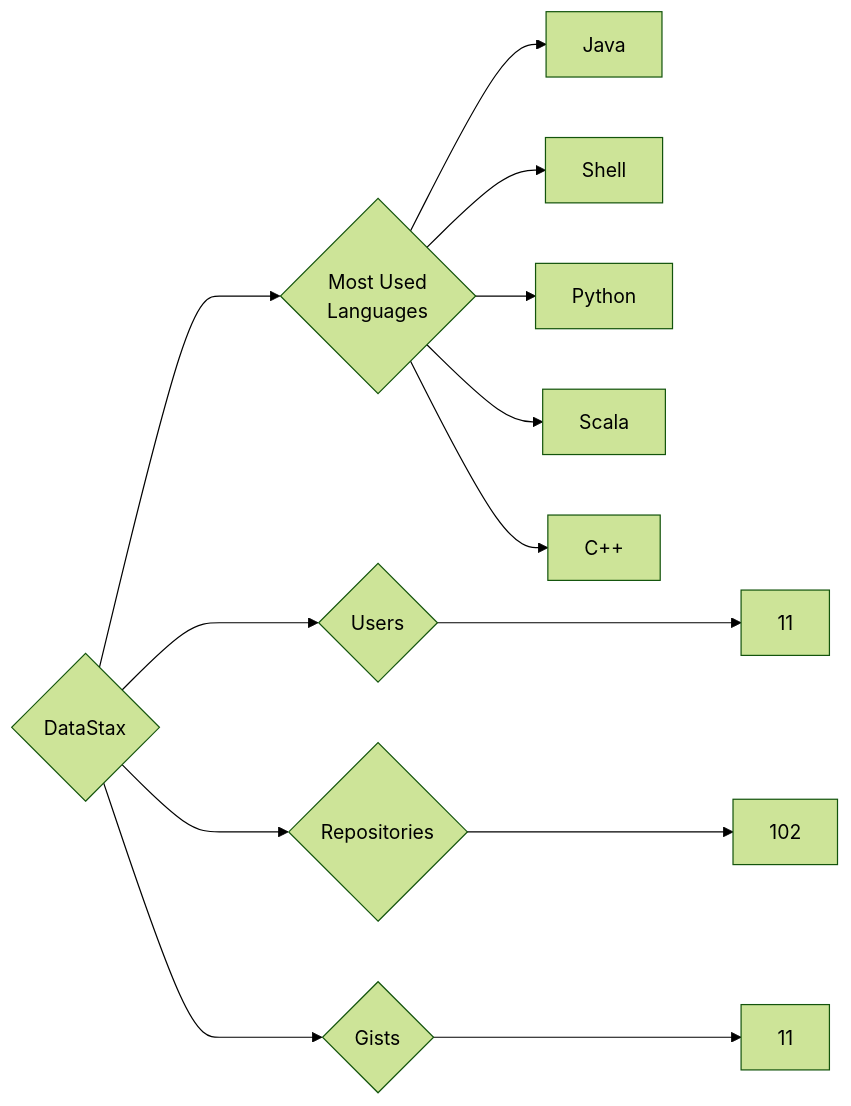
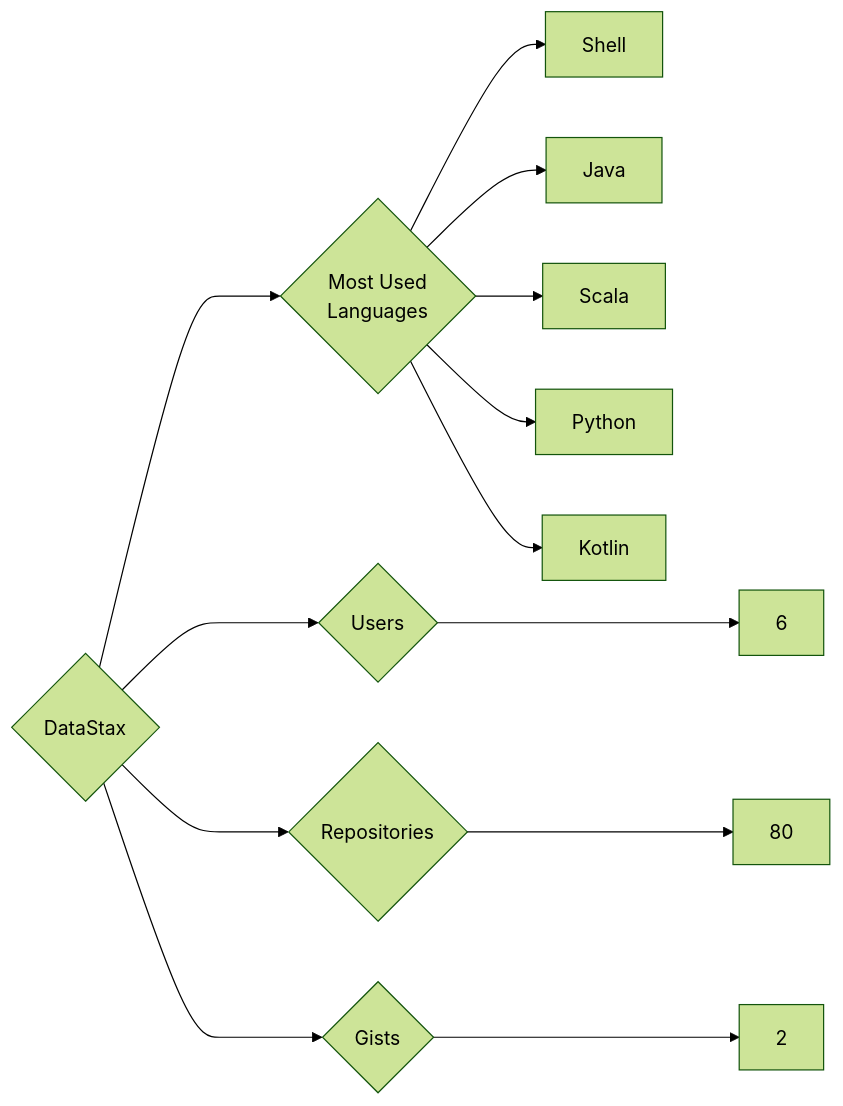
Before and after one commit to trickest/insiders: the diagram in targets/DataStax/README.md, drawn with Mermaid (forest theme). The commit also changed 873 other files, not shown here.

````diff
--- a/targets/DataStax/README.md
+++ b/targets/DataStax/README.md
@@ -3,13 +3,13 @@
 ```mermaid
 graph LR
 COMPANY_NAME{DataStax}
-COMPANY_NAME ---> U{Users} ---> UN[11]
-COMPANY_NAME ---> R{Repositories} ---> RN[102]
-COMPANY_NAME ---> G{Gists} ---> GN[11]
+COMPANY_NAME ---> U{Users} ---> UN[6]
+COMPANY_NAME ---> R{Repositories} ---> RN[80]
+COMPANY_NAME ---> G{Gists} ---> GN[2]
 COMPANY_NAME ---> ML{Most Used<br>Languages}
+ML --> Shell[Shell]
 ML --> Java[Java]
-ML --> Shell[Shell]
+ML --> Scala[Scala]
 ML --> Python[Python]
-ML --> Scala[Scala]
-ML --> C++[C++]
+ML --> Kotlin[Kotlin]
 ```
````
